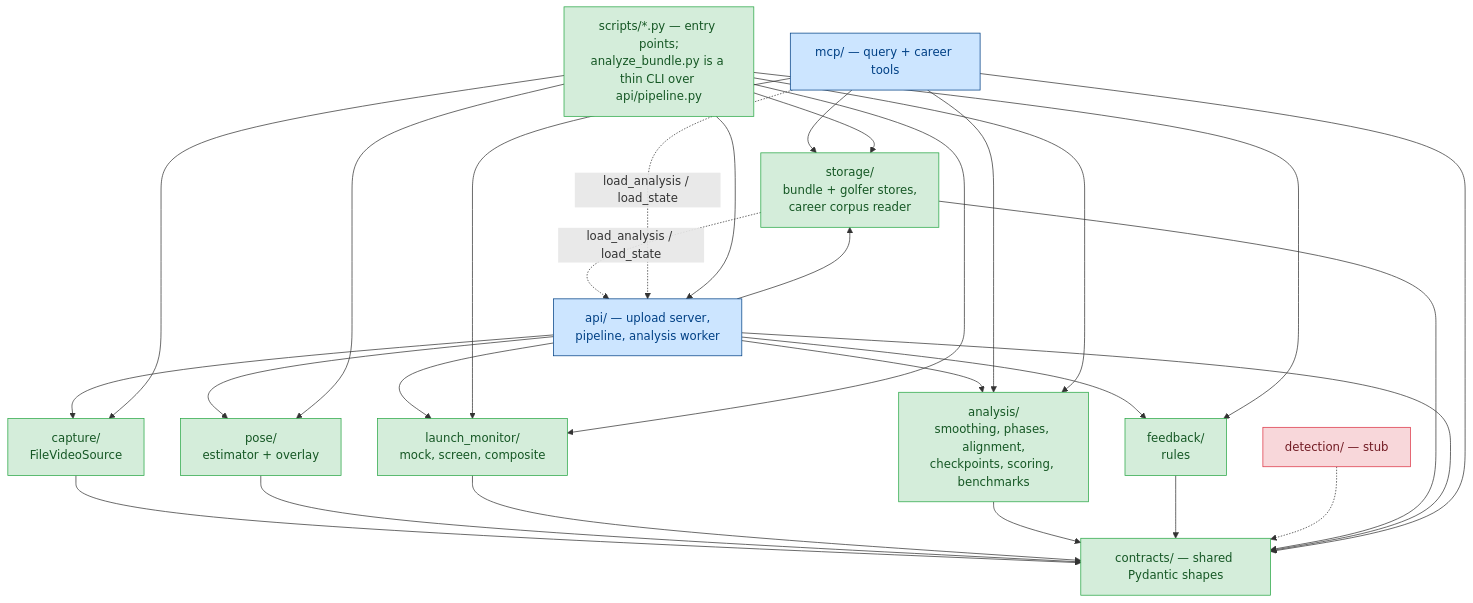
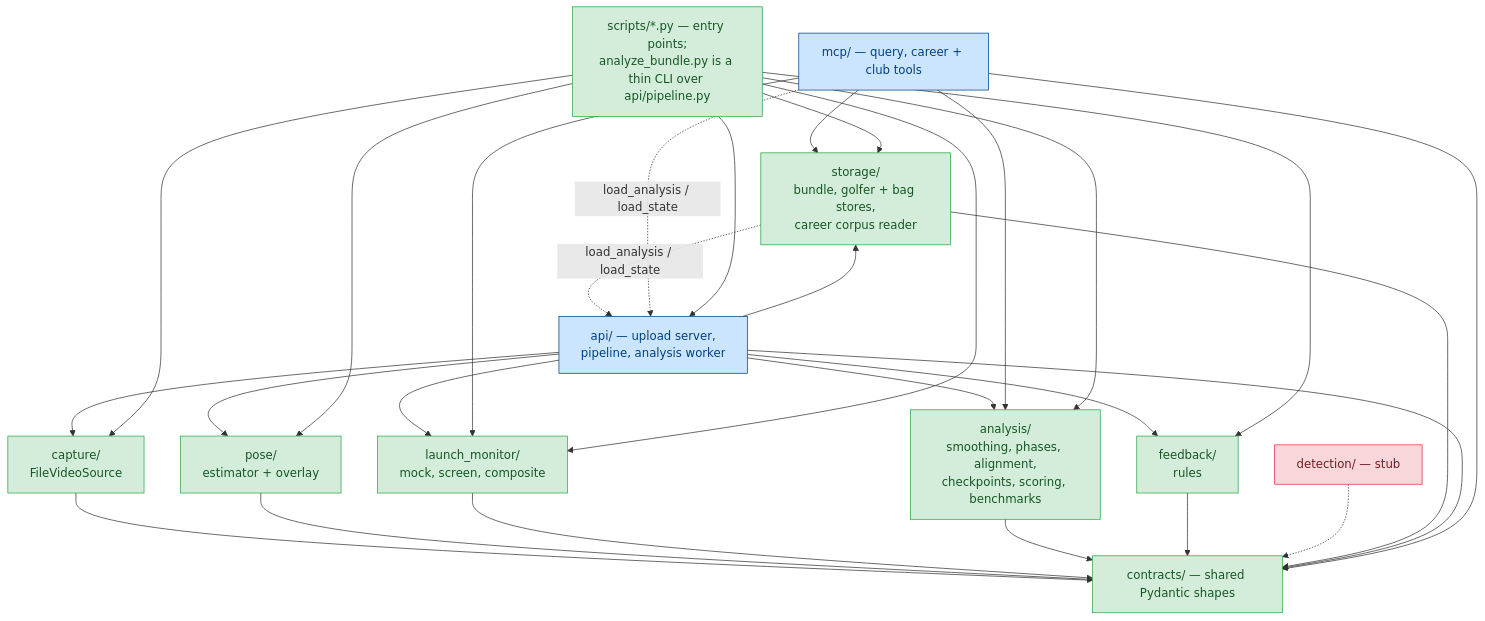
Before and after one commit to MildTreeRat/golf-coach: the second of 3 diagrams in docs/ARCHITECTURE.md, drawn with Mermaid. The commit also changed other lines of this file and 36 other files, not shown here.

First line of the commit message:
Career mode, club profile and tempo trainer work in progress

````diff
--- a/docs/ARCHITECTURE.md
+++ b/docs/ARCHITECTURE.md
@@ -132,44 +165,44 @@
 ```mermaid
 flowchart TD
     C["contracts/ — shared Pydantic shapes"]
 
     CAP["capture/<br/>FileVideoSource"] --> C
     POSE["pose/<br/>estimator + overlay"] --> C
     LMM["launch_monitor/<br/>mock, screen, composite"] --> C
     ANA["analysis/<br/>smoothing, phases, alignment,<br/>checkpoints, scoring, benchmarks"] --> C
     FB["feedback/<br/>rules"] --> C
     DET["detection/ — stub"] -.-> C
-    STO["storage/<br/>bundle + golfer stores,<br/>career corpus reader"] --> C
+    STO["storage/<br/>bundle, golfer + bag stores,<br/>career corpus reader"] --> C
 
     API["api/ — upload server,<br/>pipeline, analysis worker"] --> C
-    MCP["mcp/ — query + career tools"] --> C
+    MCP["mcp/ — query, career + club tools"] --> C
 
     API --> CAP
     API --> POSE
     API --> ANA
     API --> FB
     API --> LMM
     API --> STO
 
     MCP --> ANA
     MCP --> STO
     MCP --> LMM
 
     STO -. "load_analysis / load_state" .-> API
     MCP -. "load_analysis / load_state" .-> API
 
     CLI["scripts/*.py — entry points;<br/>analyze_bundle.py is a thin CLI over api/pipeline.py"] --> API
     CLI --> CAP
     CLI --> POSE
     CLI --> ANA
     CLI --> FB
     CLI --> LMM
     CLI --> STO
 
     classDef built fill:#d4edda,stroke:#28a745,color:#155724;
     classDef stub fill:#f8d7da,stroke:#dc3545,color:#721c24;
     classDef shell fill:#cce5ff,stroke:#004085,color:#004085;
     class C,CAP,POSE,LMM,ANA,FB,CLI,STO built;
     class API,MCP shell;
     class DET stub;
 ```
````
